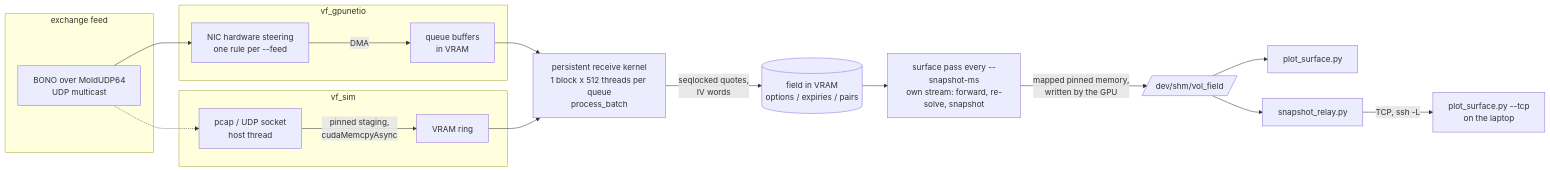
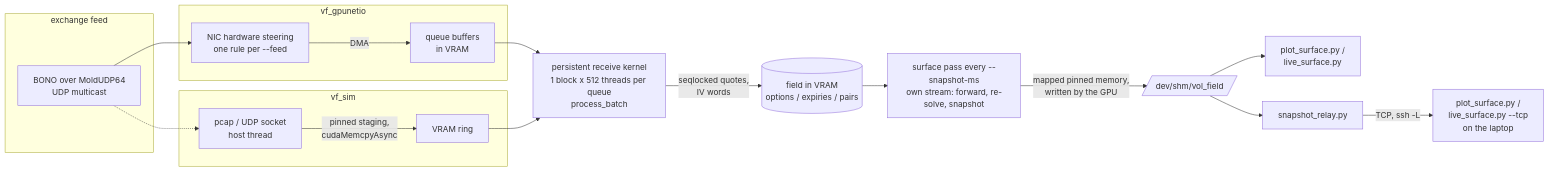
Before and after one commit to otterbox901/vol_field: the diagram in README.md, drawn with Mermaid. The commit also changed other lines of this file and 4 other files, not shown here.

First line of the commit message:
Add a 60 fps live surface viewer and a denser, livelier feed

````diff
--- a/README.md
+++ b/README.md
@@ -30,21 +31,21 @@
 ```mermaid
 flowchart LR
     subgraph wire[exchange feed]
         A[BONO over MoldUDP64<br/>UDP multicast]
     end
     subgraph gpunetio[vf_gpunetio]
         N[NIC hardware steering<br/>one rule per --feed] -->|DMA| R1[queue buffers<br/>in VRAM]
     end
     subgraph sim[vf_sim]
         P[pcap / UDP socket<br/>host thread] -->|pinned staging,<br/>cudaMemcpyAsync| R2[VRAM ring]
     end
     A --> N
     A -.-> P
     R1 --> K[persistent receive kernel<br/>1 block x 512 threads per queue<br/>process_batch]
     R2 --> K
     K -->|seqlocked quotes,<br/>IV words| F[(field in VRAM<br/>options / expiries / pairs)]
     F --> S[surface pass every --snapshot-ms<br/>own stream: forward, re-solve, snapshot]
     S -->|mapped pinned memory,<br/>written by the GPU| M[/dev/shm/vol_field/]
-    M --> PL[plot_surface.py]
-    M --> RL[snapshot_relay.py] -->|TCP, ssh -L| PL2[plot_surface.py --tcp<br/>on the laptop]
+    M --> PL[plot_surface.py /<br/>live_surface.py]
+    M --> RL[snapshot_relay.py] -->|TCP, ssh -L| PL2[plot_surface.py /<br/>live_surface.py --tcp<br/>on the laptop]
 ```
````
